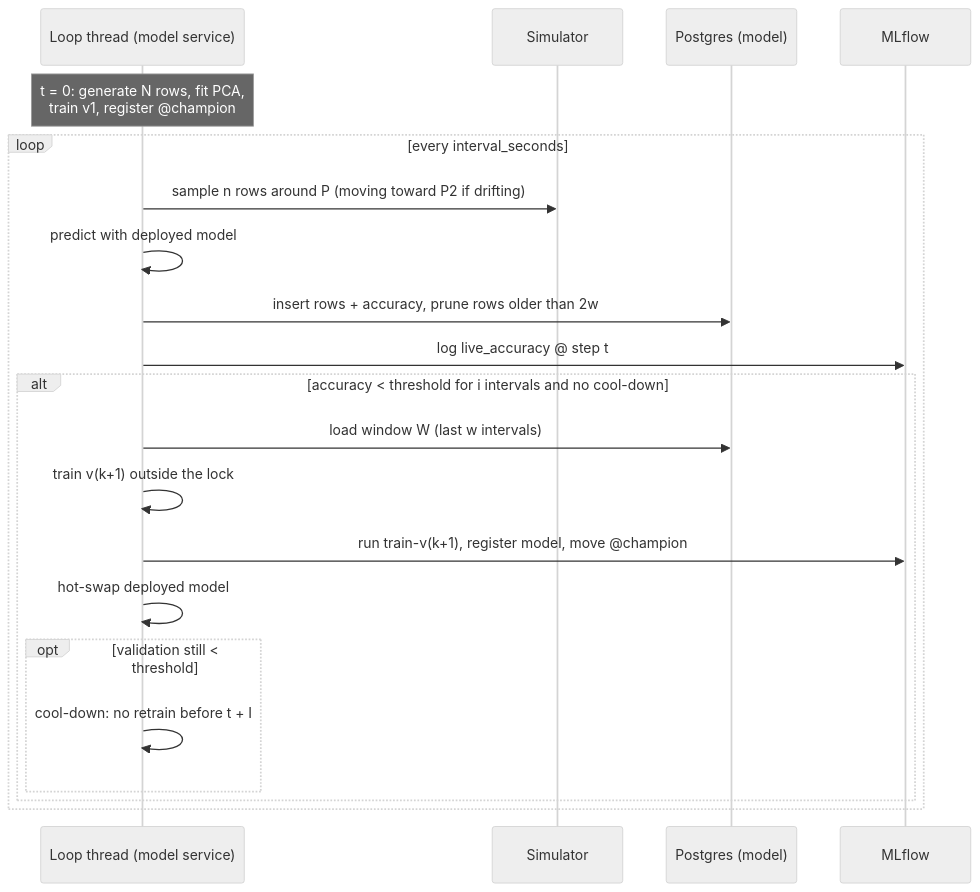
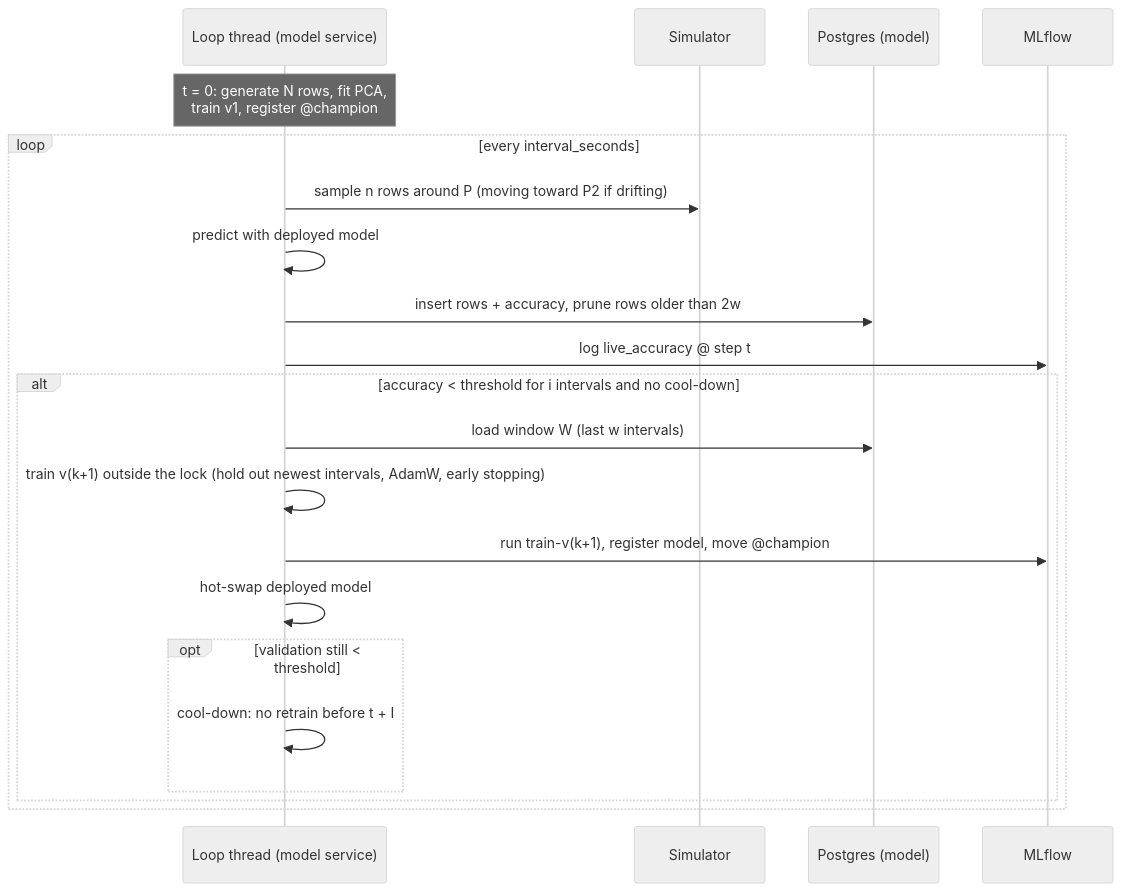
The third of 3 diagrams in docs/architecture.md (ko222uky/data-drift-simulator), drawn with Mermaid (neutral theme) before and after one commit. The commit also changed 23 other files, not shown here.

First line of the commit message:
feat: early stopping, weight decay and time-based hold-out for training

````diff
--- a/docs/architecture.md
+++ b/docs/architecture.md
@@ -74,23 +74,23 @@
 ```mermaid
 sequenceDiagram
     participant L as Loop thread (model service)
     participant S as Simulator
     participant DB as Postgres (model)
     participant ML as MLflow
     Note over L: t = 0: generate N rows, fit PCA,<br/>train v1, register @champion
     loop every interval_seconds
         L->>S: sample n rows around P (moving toward P2 if drifting)
         L->>L: predict with deployed model
         L->>DB: insert rows + accuracy, prune rows older than 2w
         L->>ML: log live_accuracy @ step t
         alt accuracy < threshold for i intervals and no cool-down
             L->>DB: load window W (last w intervals)
-            L->>L: train v(k+1) outside the lock
+            L->>L: train v(k+1) outside the lock (hold out newest intervals, AdamW, early stopping)
             L->>ML: run train-v(k+1), register model, move @champion
             L->>L: hot-swap deployed model
             opt validation still < threshold
                 L->>L: cool-down: no retrain before t + I
             end
         end
     end
 ```
````
